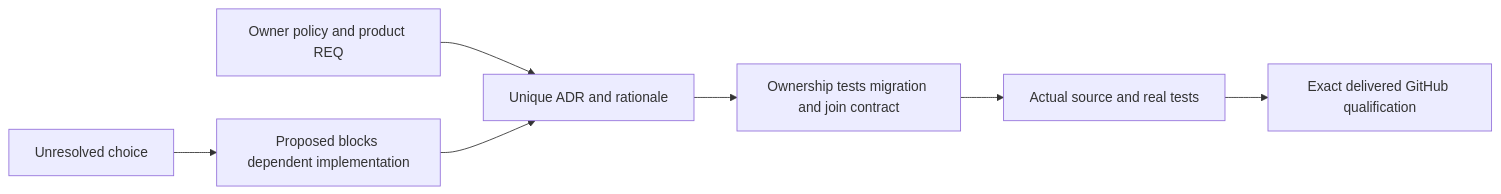
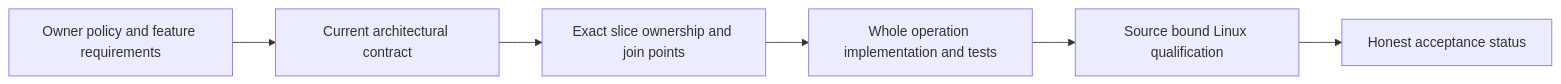
One commit to managedcode/KeyLoad changed the diagram in docs/ADR/README.md. Above: the diagram before and after it, drawn with Mermaid. The commit also changed other lines of this file and 440 other files, not shown here.

````diff
--- a/docs/ADR/README.md
+++ b/docs/ADR/README.md
@@ -130,9 +31,8 @@
 ```mermaid
 flowchart LR
-    Requirement[Owner policy and product REQ] --> Decision[Unique ADR and rationale]
-    Decision --> Contract[Ownership tests migration and join contract]
-    Contract --> Implementation[Actual source and real tests]
-    Implementation --> Evidence[Exact delivered GitHub qualification]
-    Open[Unresolved choice] --> Proposed[Proposed blocks dependent implementation]
-    Proposed --> Decision
+    Policy[Owner policy and feature requirements] --> Decision[Current architectural contract]
+    Decision --> Ownership[Exact slice ownership and join points]
+    Ownership --> Operations[Whole operation implementation and tests]
+    Operations --> Proof[Source bound Linux qualification]
+    Proof --> Status[Honest acceptance status]
 ```
````
